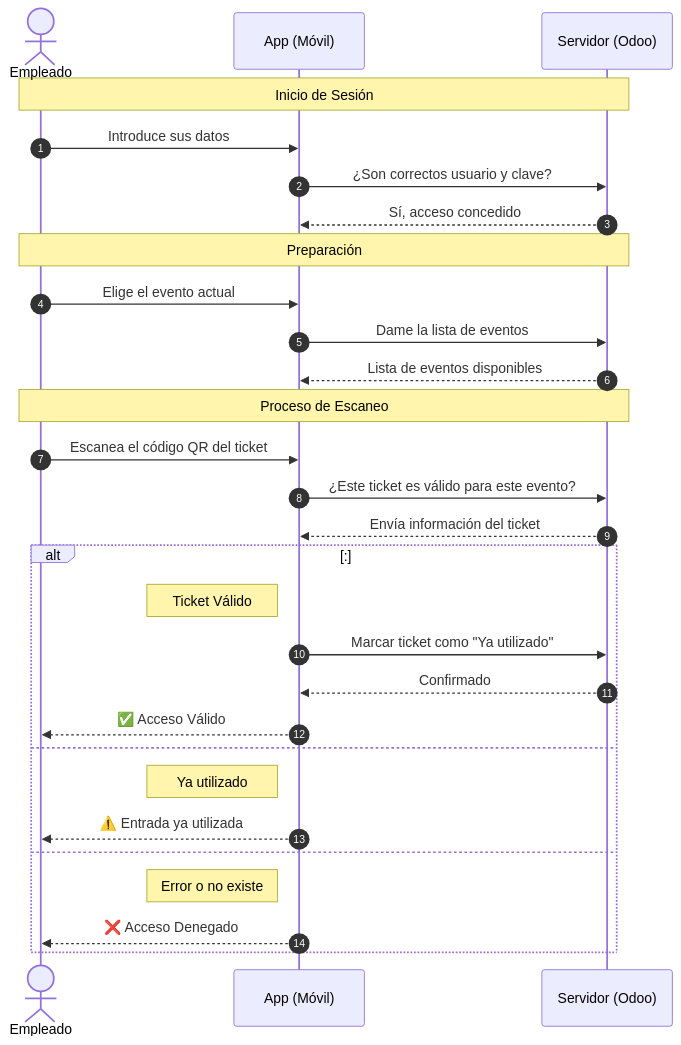
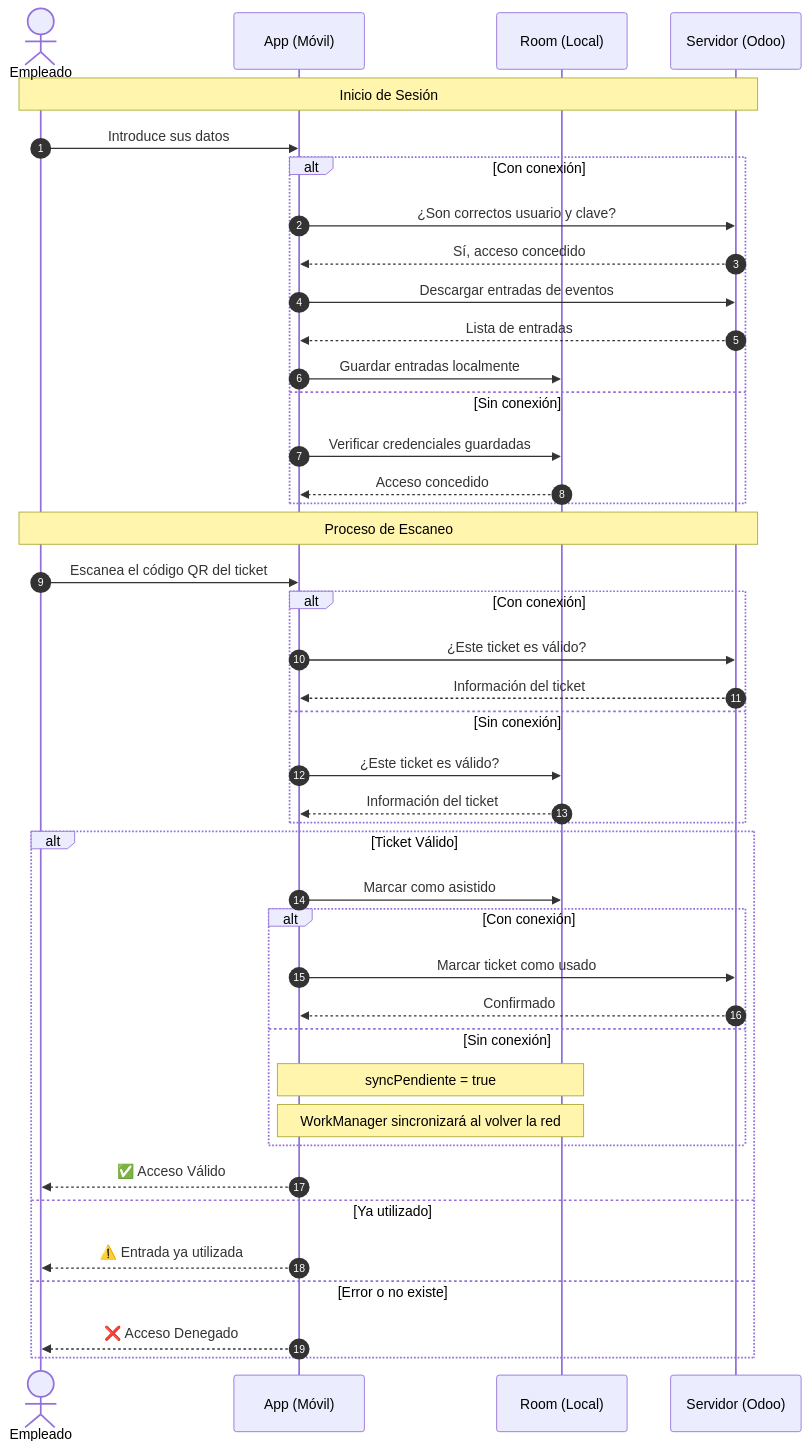
One commit to ManuelPavonBuendia/AppEntradas changed the first of 9 diagrams in README.md. Above: the diagram before and after it, drawn with Mermaid. The commit also changed other lines of this file, not shown here.

````diff
--- a/README.md
+++ b/README.md
@@ -45,36 +51,47 @@
 ```mermaid
 sequenceDiagram
     autonumber
     actor Empleado
     participant App as App (Móvil)
+    participant Room as Room (Local)
     participant Odoo as Servidor (Odoo)
 
     Note over Empleado, Odoo: Inicio de Sesión
     Empleado->>App: Introduce sus datos
-    App->>Odoo: ¿Son correctos usuario y clave?
-    Odoo-->>App: Sí, acceso concedido
-
-    Note over Empleado, Odoo: Preparación
-    Empleado->>App: Elige el evento actual
-    App->>Odoo: Dame la lista de eventos
-    Odoo-->>App: Lista de eventos disponibles
+    alt Con conexión
+        App->>Odoo: ¿Son correctos usuario y clave?
+        Odoo-->>App: Sí, acceso concedido
+        App->>Odoo: Descargar entradas de eventos
+        Odoo-->>App: Lista de entradas
+        App->>Room: Guardar entradas localmente
+    else Sin conexión
+        App->>Room: Verificar credenciales guardadas
+        Room-->>App: Acceso concedido
+    end
 
     Note over Empleado, Odoo: Proceso de Escaneo
     Empleado->>App: Escanea el código QR del ticket
-    App->>Odoo: ¿Este ticket es válido para este evento?
-    Odoo-->>App: Envía información del ticket
+    alt Con conexión
+        App->>Odoo: ¿Este ticket es válido?
+        Odoo-->>App: Información del ticket
+    else Sin conexión
+        App->>Room: ¿Este ticket es válido?
+        Room-->>App: Información del ticket
+    end
 
-   alt:
-        Note left of App: Ticket Válido
-        App->>Odoo: Marcar ticket como "Ya utilizado"
-        Odoo-->>App: Confirmado
+    alt Ticket Válido
+        App->>Room: Marcar como asistido
+        alt Con conexión
+            App->>Odoo: Marcar ticket como usado
+            Odoo-->>App: Confirmado
+        else Sin conexión
+            Note over App,Room: syncPendiente = true
+            Note over App,Room: WorkManager sincronizará al volver la red
+        end
         App-->>Empleado: ✅ Acceso Válido
-    else 
-        Note left of App: Ya utilizado
+    else Ya utilizado
         App-->>Empleado: ⚠️ Entrada ya utilizada
-    else 
-        Note left of App: Error o no existe
+    else Error o no existe
         App-->>Empleado: ❌ Acceso Denegado
     end
-
 ```
````
